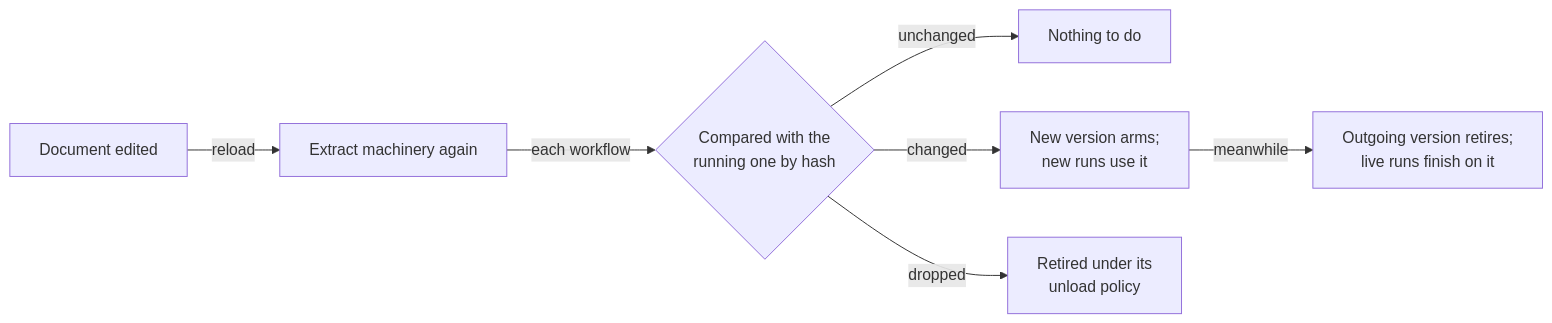
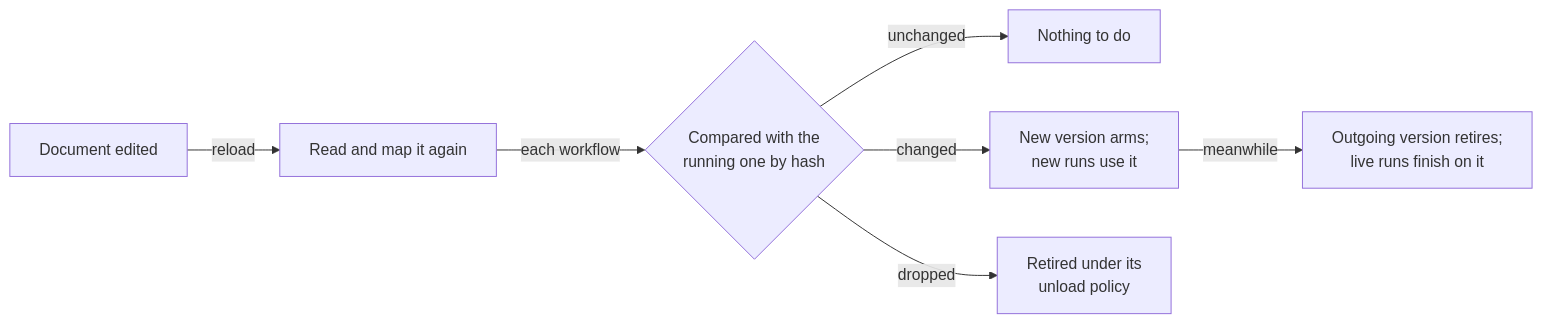
Before and after one commit to agentd-dev/source-code: the third of 3 diagrams in docs/directives.md, drawn with Mermaid. The commit also changed other lines of this file and 30 other files, not shown here.

````diff
--- a/docs/directives.md
+++ b/docs/directives.md
@@ -277,9 +266,9 @@
 ```mermaid
 flowchart LR
-  E["Document edited"] -->|"reload"| X["Extract machinery again"]
+  E["Document edited"] -->|"reload"| X["Read and map it again"]
   X -->|"each workflow"| D{"Compared with the<br/>running one by hash"}
   D -->|"unchanged"| N["Nothing to do"]
   D -->|"changed"| A["New version arms;<br/>new runs use it"]
   A -->|"meanwhile"| R1["Outgoing version retires;<br/>live runs finish on it"]
   D -->|"dropped"| R2["Retired under its<br/>unload policy"]
 ```
````
